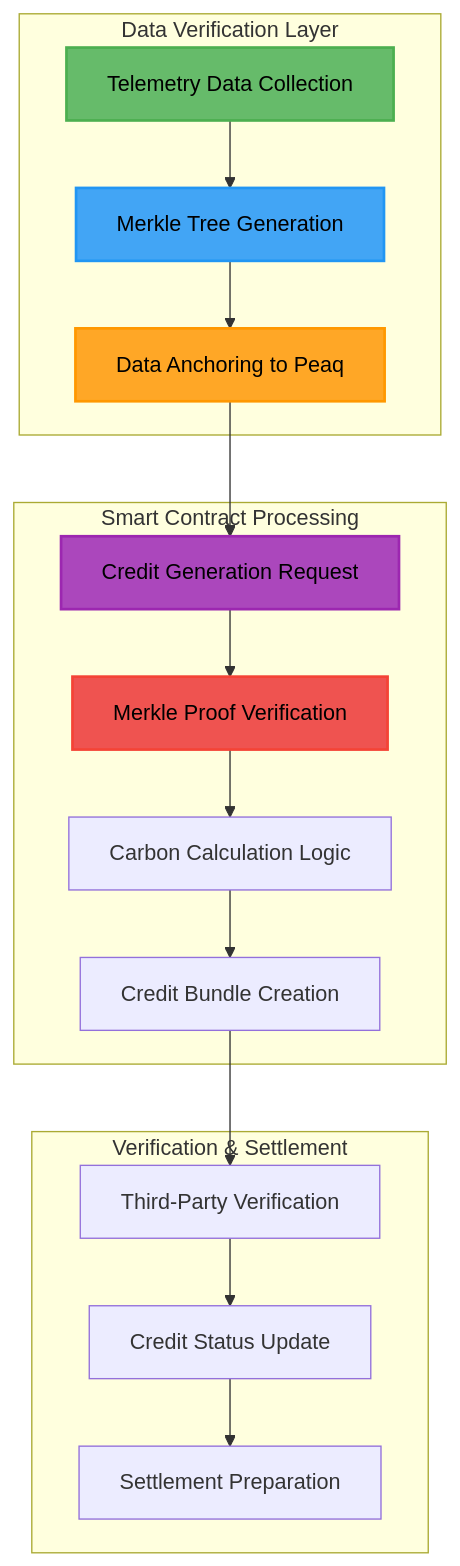
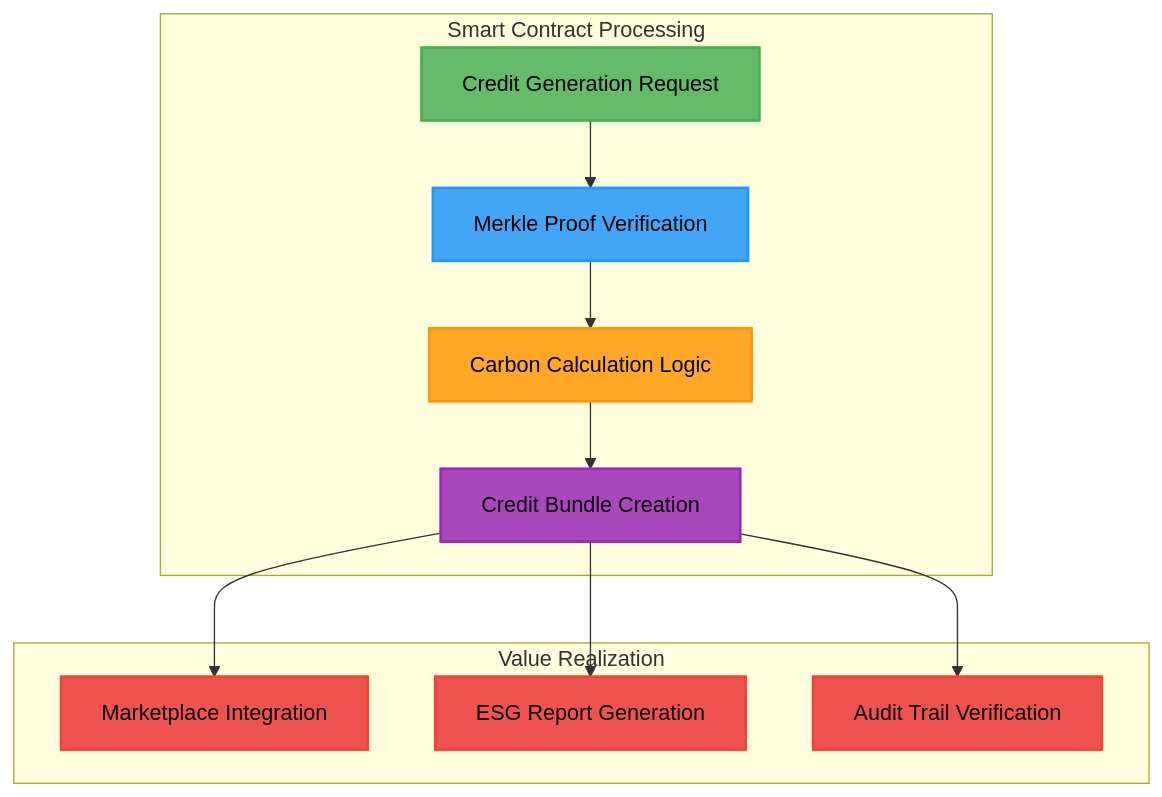
One commit to brn-mwai/aximobility-blockchain changed the ninth of 12 diagrams in README.md. Above: the diagram before and after it, drawn with Mermaid. The commit also changed other lines of this file, not shown here.

````diff
--- a/README.md
+++ b/README.md
@@ -206,37 +359,30 @@
 ```mermaid
 graph TB
-    subgraph "Data Verification Layer"
-        A[Telemetry Data Collection]
-        B[Merkle Tree Generation]
-        C[Data Anchoring to Peaq]
+    subgraph "Smart Contract Processing"
+        A[Credit Generation Request]
+        B[Merkle Proof Verification]
+        C[Carbon Calculation Logic]
+        D[Credit Bundle Creation]
     end
     
-    subgraph "Smart Contract Processing"
-        D[Credit Generation Request]
-        E[Merkle Proof Verification]
-        F[Carbon Calculation Logic]
-        G[Credit Bundle Creation]
-    end
-    
-    subgraph "Verification & Settlement"
-        H[Third-Party Verification]
-        I[Credit Status Update]
-        J[Settlement Preparation]
+    subgraph "Value Realization"
+        E[Marketplace Integration]
+        F[ESG Report Generation]
+        G[Audit Trail Verification]
     end
     
     A --> B
     B --> C
     C --> D
     D --> E
-    E --> F
-    F --> G
-    G --> H
-    H --> I
-    I --> J
+    D --> F
+    D --> G
     
     style A fill:#66BB6A,stroke:#4CAF50,stroke-width:2px,color:#000
     style B fill:#42A5F5,stroke:#2196F3,stroke-width:2px,color:#000
     style C fill:#FFA726,stroke:#FF9800,stroke-width:2px,color:#000
     style D fill:#AB47BC,stroke:#9C27B0,stroke-width:2px,color:#000
     style E fill:#EF5350,stroke:#F44336,stroke-width:2px,color:#000
+    style F fill:#EF5350,stroke:#F44336,stroke-width:2px,color:#000
+    style G fill:#EF5350,stroke:#F44336,stroke-width:2px,color:#000
 ```
````
